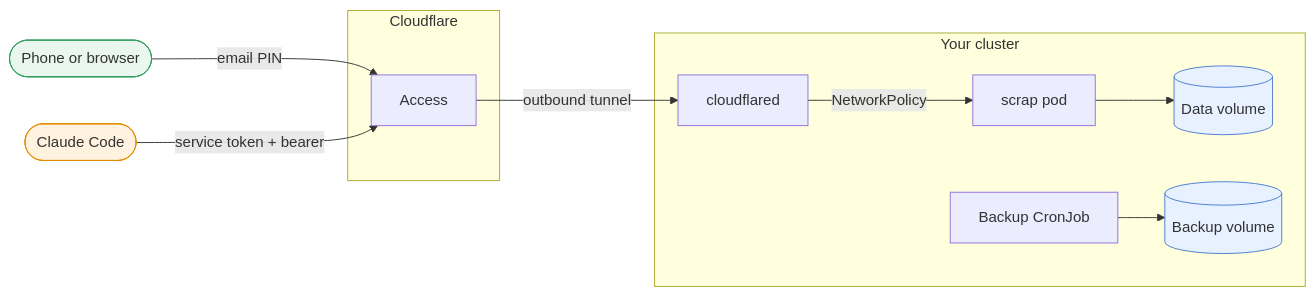
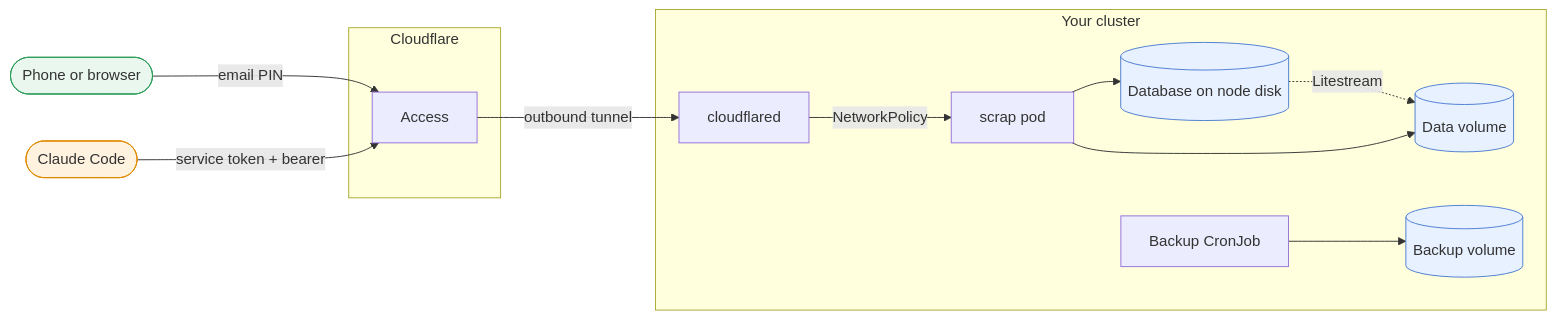
The diagram in docs/tutorials/install-kubernetes.md (gilesknap/scrap), drawn with Mermaid before and after one commit. The commit also changed other lines of this file and 7 other files, not shown here.

````diff
--- a/docs/tutorials/install-kubernetes.md
+++ b/docs/tutorials/install-kubernetes.md
@@ -14,17 +14,19 @@
 ```mermaid
 flowchart LR
     phone([Phone or browser]):::user -->|email PIN| cf
     cc([Claude Code]):::claude -->|service token + bearer| cf
     subgraph edge [Cloudflare]
         cf[Access]
     end
     subgraph cluster [Your cluster]
         cfd[cloudflared] -->|NetworkPolicy| scrap[scrap pod]
-        scrap --> pvc[(Data volume)]:::store
+        scrap --> db[(Database on node disk)]:::store
+        db -.->|Litestream| pvc[(Data volume)]:::store
+        scrap --> pvc
         job[Backup CronJob] --> bk[(Backup volume)]:::store
     end
     cf -->|outbound tunnel| cfd
     classDef store fill:#e8f1ff,stroke:#4a7bd0
     classDef claude fill:#fff3e0,stroke:#e08a00
     classDef user fill:#e9f7ef,stroke:#2e9d5b
 ```
````
